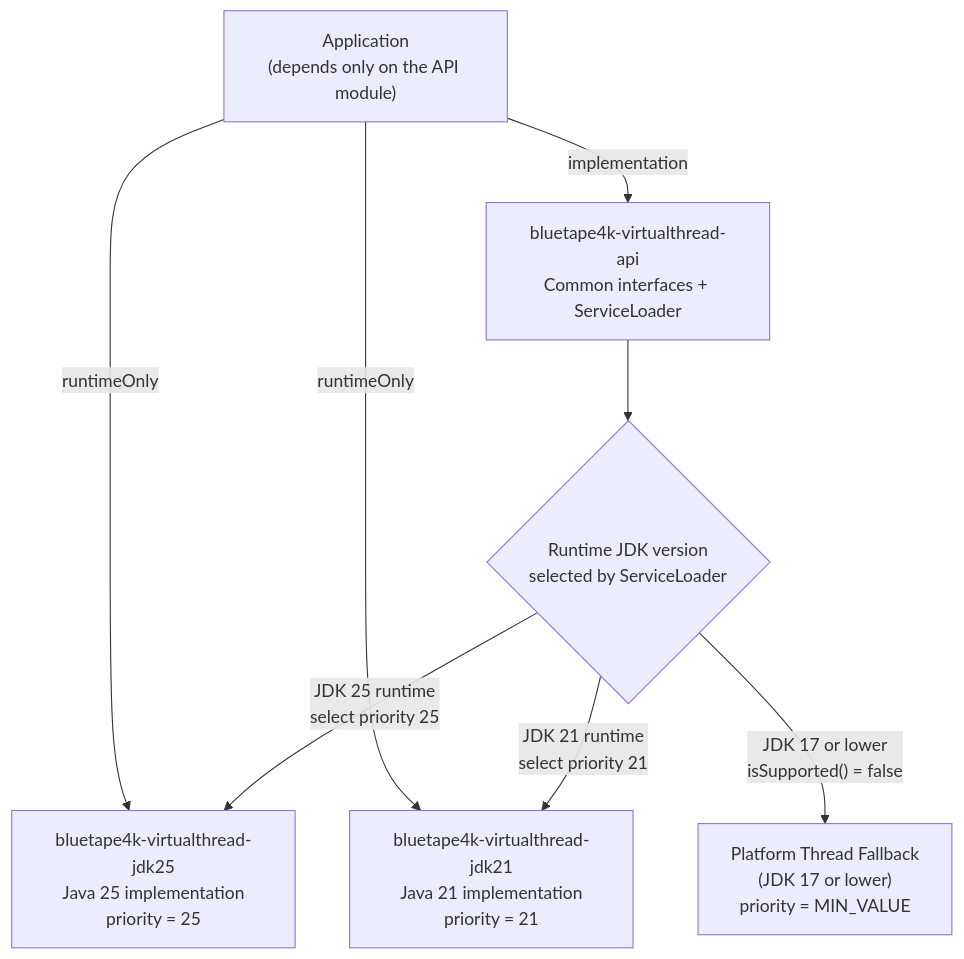
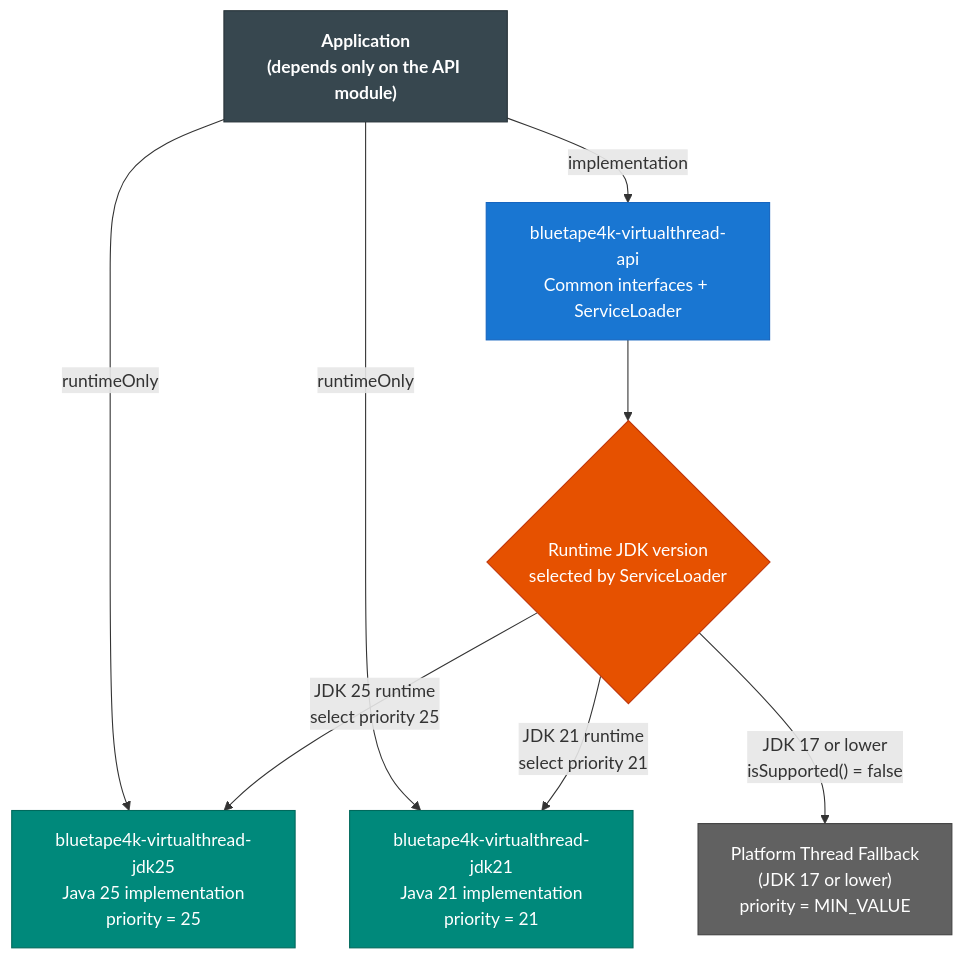
Before and after one commit to bluetape4k/bluetape4k-projects: the first of 3 diagrams in virtualthread/README.md, drawn with Mermaid. The commit also changed other lines of this file and 221 other files, not shown here.

First line of the commit message:
docs: 전체 모듈 README UML 다이어그램 보강 및 색상 업그레이드

````diff
--- a/virtualthread/README.md
+++ b/virtualthread/README.md
@@ -11,21 +11,33 @@
 ```mermaid
 flowchart TD
     APP["Application<br/>(depends only on the API module)"]
 
     API["bluetape4k-virtualthread-api<br/>Common interfaces + ServiceLoader"]
 
     JDK21["bluetape4k-virtualthread-jdk21<br/>Java 21 implementation<br/>priority = 21"]
     JDK25["bluetape4k-virtualthread-jdk25<br/>Java 25 implementation<br/>priority = 25"]
     FALLBACK["Platform Thread Fallback<br/>(JDK 17 or lower)<br/>priority = MIN_VALUE"]
 
     RUNTIME{"Runtime JDK version<br/>selected by ServiceLoader"}
 
     APP -->|"implementation"| API
     APP -->|"runtimeOnly"| JDK21
     APP -->|"runtimeOnly"| JDK25
 
     API --> RUNTIME
     RUNTIME -->|"JDK 25 runtime<br/>select priority 25"| JDK25
     RUNTIME -->|"JDK 21 runtime<br/>select priority 21"| JDK21
     RUNTIME -->|"JDK 17 or lower<br/>isSupported() = false"| FALLBACK
+
+    classDef appStyle fill:#37474F,stroke:#263238,color:#FFFFFF,font-weight:bold
+    classDef apiStyle fill:#1976D2,stroke:#1565C0,color:#FFFFFF
+    classDef implStyle fill:#00897B,stroke:#00695C,color:#FFFFFF
+    classDef fallbackStyle fill:#616161,stroke:#424242,color:#FFFFFF
+    classDef runtimeStyle fill:#E65100,stroke:#BF360C,color:#FFFFFF
+
+    class APP appStyle
+    class API apiStyle
+    class JDK21,JDK25 implStyle
+    class FALLBACK fallbackStyle
+    class RUNTIME runtimeStyle
 ```
````
